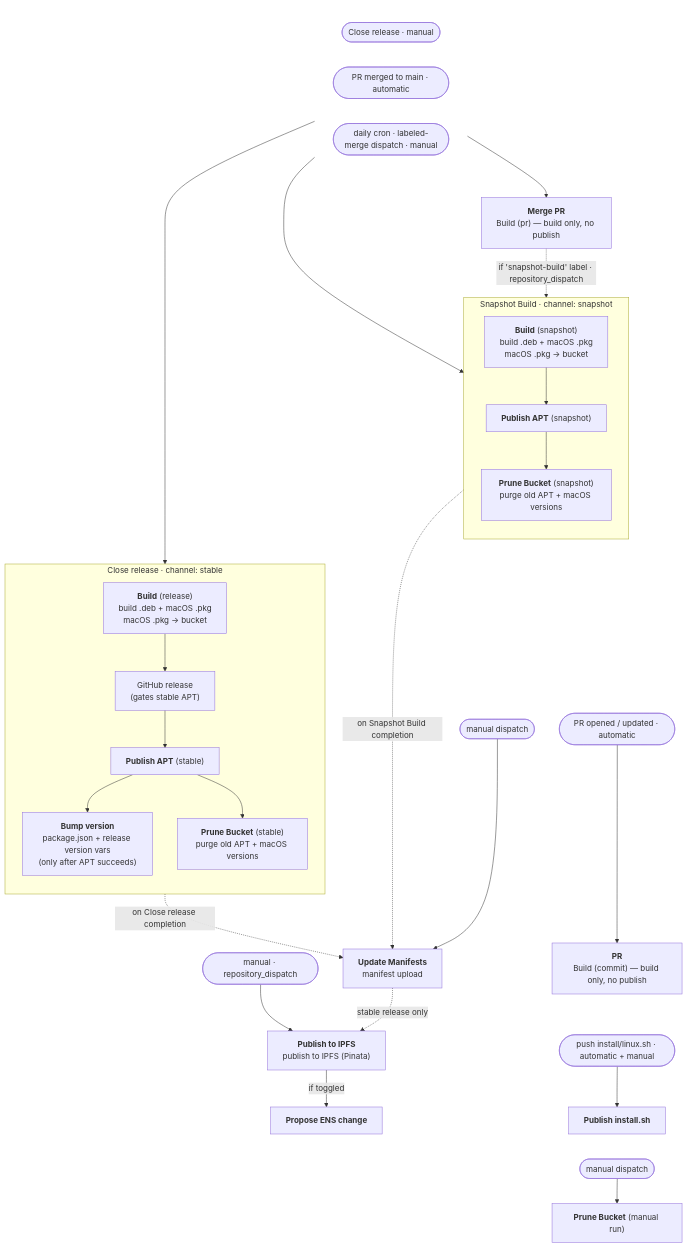
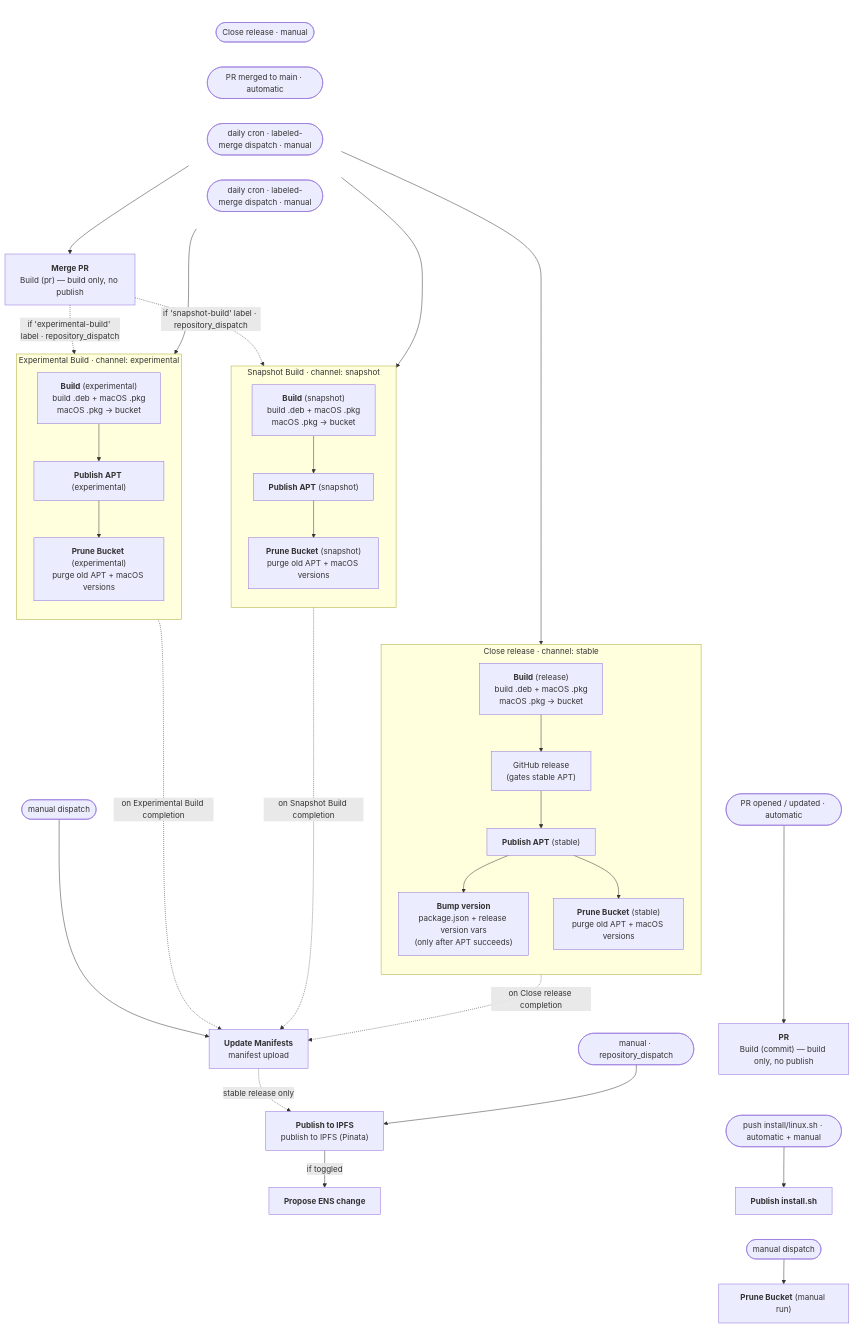
The diagram in README.md (gnosis/gnosis_vpn), drawn with Mermaid before and after one commit. The commit also changed other lines of this file and 31 other files, not shown here.

````diff
--- a/README.md
+++ b/README.md
@@ -324,58 +366,69 @@
 ```mermaid
 flowchart TD
     %% ---------------- Layout only: keep the three entry triggers on one row at the top ----------------
     %% A transparent subgraph laid out left-to-right pins its members to a single rank,
     %% regardless of how deep each trigger's downstream chain runs.
     subgraph TRIG[" "]
       direction LR
       trRel([Close release · manual])
       trMerge([PR merged to main · automatic])
       trSnap([daily cron · labeled-merge dispatch · manual])
+      trExp([daily cron · labeled-merge dispatch · manual])
     end
     style TRIG fill:transparent,stroke:transparent
 
     %% ---------------- Dev builds (no publish) ----------------
     trMerge --> MERGE["<b>Merge PR</b><br/>Build (pr) — build only, no publish"]
     MERGE -. "if 'snapshot-build' label · repository_dispatch" .-> NBUILD
+    MERGE -. "if 'experimental-build' label · repository_dispatch" .-> XBUILD
 
     %% ---------------- Stable channel ----------------
     trRel --> SBUILD
     subgraph S["Close release · channel: stable"]
       direction TB
       SBUILD["<b>Build</b> (release)<br/>build .deb + macOS .pkg<br/>macOS .pkg → bucket"] --> SGH["GitHub release<br/>(gates stable APT)"]
       SGH --> SAPT["<b>Publish APT</b> (stable)"]
       SAPT --> SBUMP["<b>Bump version</b><br/>package.json + release version vars<br/>(only after APT succeeds)"]
       SAPT --> SPRUNE["<b>Prune Bucket</b> (stable)<br/>purge old APT + macOS versions"]
     end
 
     %% ---------------- Snapshot channel ----------------
     trSnap --> NBUILD
     subgraph N["Snapshot Build · channel: snapshot"]
       direction TB
       NBUILD["<b>Build</b> (snapshot)<br/>build .deb + macOS .pkg<br/>macOS .pkg → bucket"] --> NAPT["<b>Publish APT</b> (snapshot)"]
       NAPT --> NPRUNE["<b>Prune Bucket</b> (snapshot)<br/>purge old APT + macOS versions"]
     end
 
+    %% ---------------- Experimental channel ----------------
+    trExp --> XBUILD
+    subgraph X["Experimental Build · channel: experimental"]
+      direction TB
+      XBUILD["<b>Build</b> (experimental)<br/>build .deb + macOS .pkg<br/>macOS .pkg → bucket"] --> XAPT["<b>Publish APT</b> (experimental)"]
+      XAPT --> XPRUNE["<b>Prune Bucket</b> (experimental)<br/>purge old APT + macOS versions"]
+    end
+
     %% ---------------- Manifests → IPFS → ENS ----------------
     SPRUNE -. "on Close release completion" .-> MAN
     NPRUNE -. "on Snapshot Build completion" .-> MAN
+    XPRUNE -. "on Experimental Build completion" .-> MAN
     trMan([manual dispatch]) --> MAN["<b>Update Manifests</b><br/>manifest upload"]
     MAN -. "stable release only" .-> IPFS["<b>Publish to IPFS</b><br/>publish to IPFS (Pinata)"]
     trIpfs([manual · repository_dispatch]) --> IPFS
     IPFS -->|if toggled| ENS["<b>Propose ENS change</b>"]
 
     %% ---------------- Far-right column: PR build + standalone publishers ----------------
     trPR([PR opened / updated · automatic]) --> PR["<b>PR</b><br/>Build (commit) — build only, no publish"]
     trPush([push install/linux.sh · automatic + manual]) --> INSTALL["<b>Publish install.sh</b>"]
     trPruneM([manual dispatch]) --> PRUNEM["<b>Prune Bucket</b> (manual run)"]
 
     %% ---------------- Layout only: invisible links (~~~), no semantic meaning ----------------
-    %% manifests group sits below the snapshot group
-    NPRUNE ~~~ trMan
+    %% manifests group sits below the nightly groups
+    XPRUNE ~~~ trMan
     %% attach the standalone column to the snapshot group's right so it packs far right,
     %% declared after trMan so it biases to the right of the manifests column
     NPRUNE ~~~ trPR
     %% stack the far-right column (PR build → install.sh → manual prune) top-to-bottom
     PR ~~~ trPush
     INSTALL ~~~ trPruneM
 ```
````
